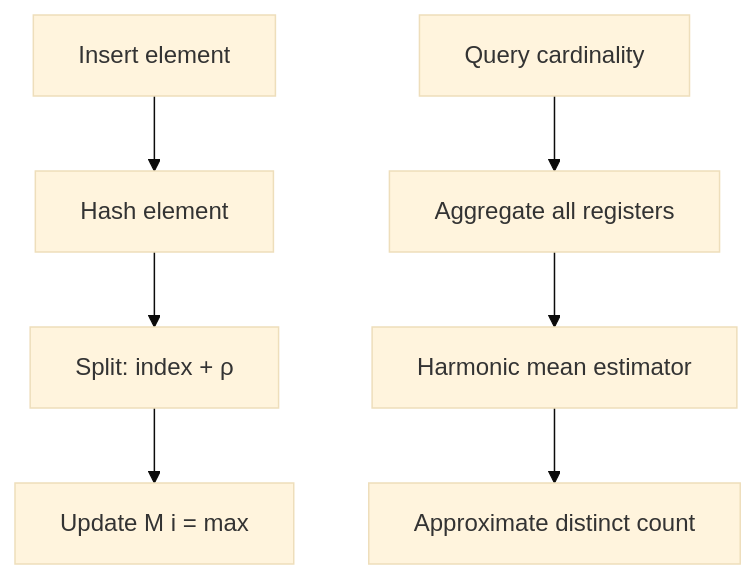
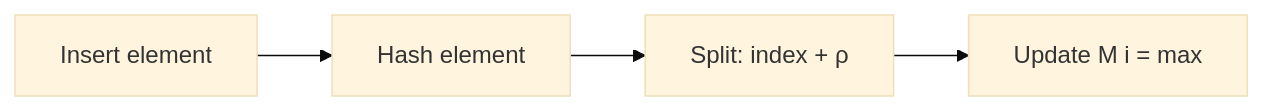
Before and after one commit to hareramcse/SystemDesign: the sixth of 19 diagrams in 13-advanced-topics/README.md, drawn with Mermaid (base theme). The commit also changed other lines of this file, not shown here.

````diff
--- a/13-advanced-topics/README.md
+++ b/13-advanced-topics/README.md
@@ -581,9 +577,6 @@
 ```mermaid
-flowchart TB
+flowchart LR
     Ins[Insert element] --> Hash[Hash element]
     Hash --> Split[Split: index + ρ]
     Split --> Upd[Update M i = max]
-    Qry[Query cardinality] --> Agg[Aggregate all registers]
-    Agg --> Formula[Harmonic mean estimator]
-    Formula --> Card[Approximate distinct count]
 ```
````
